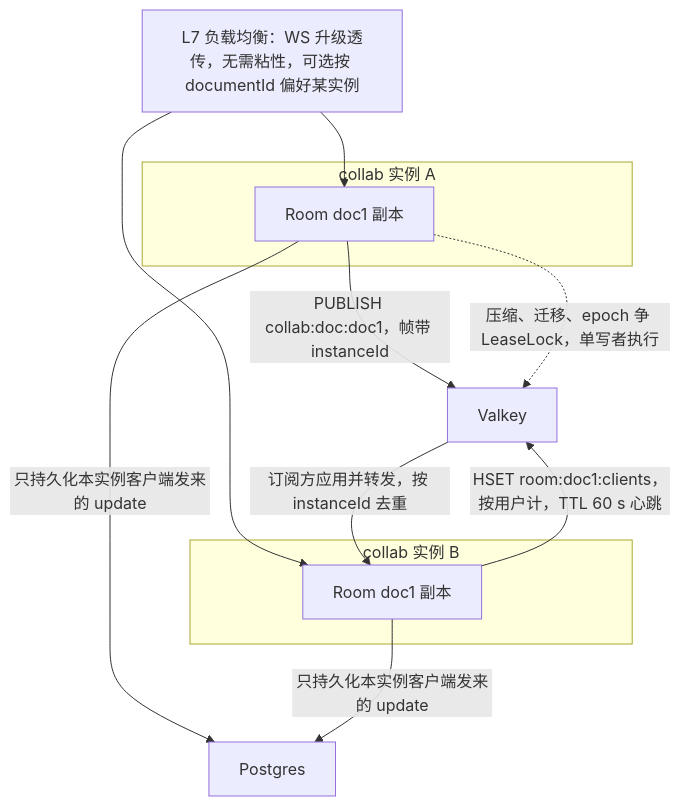
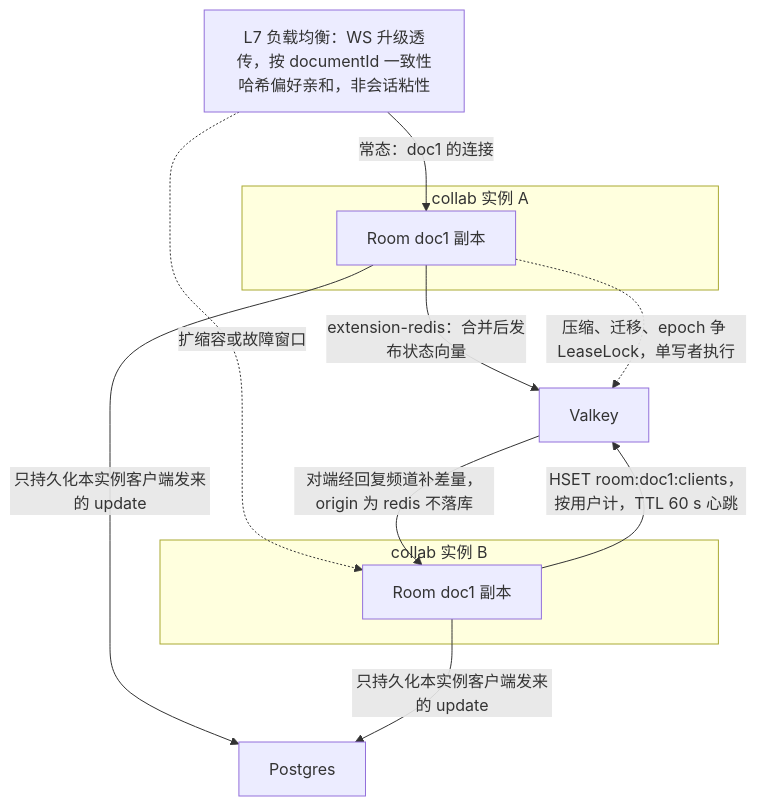
Diagram 11 of 46 in docs/40-modules/19-atlas-backend-and-data.md (Xeonice/cordis-ppt-editor), drawn with Mermaid before and after one commit. The commit also changed other lines of this file and 78 other files, not shown here.

````diff
--- a/docs/40-modules/19-atlas-backend-and-data.md
+++ b/docs/40-modules/19-atlas-backend-and-data.md
@@ -470,20 +475,20 @@
 ```mermaid
 flowchart TB
-  lb["L7 负载均衡：WS 升级透传，无需粘性，可选按 documentId 偏好某实例"]
+  lb["L7 负载均衡：WS 升级透传，按 documentId 一致性哈希偏好亲和，非会话粘性"]
   subgraph instA["collab 实例 A"]
     roomA["Room doc1 副本"]
   end
   subgraph instB["collab 实例 B"]
     roomB["Room doc1 副本"]
   end
   vk["Valkey"]
   pg["Postgres"]
-  lb --> roomA
-  lb --> roomB
-  roomA -- "PUBLISH collab:doc:doc1，帧带 instanceId" --> vk
-  vk -- "订阅方应用并转发，按 instanceId 去重" --> roomB
+  lb -- "常态：doc1 的连接" --> roomA
+  lb -. "扩缩容或故障窗口" .-> roomB
+  roomA -- "extension-redis：合并后发布状态向量" --> vk
+  vk -- "对端经回复频道补差量，origin 为 redis 不落库" --> roomB
   roomA -- "只持久化本实例客户端发来的 update" --> pg
   roomB -- "只持久化本实例客户端发来的 update" --> pg
   roomA -. "压缩、迁移、epoch 争 LeaseLock，单写者执行" .-> vk
   roomB -- "HSET room:doc1:clients，按用户计，TTL 60 s 心跳" --> vk
 ```
````
